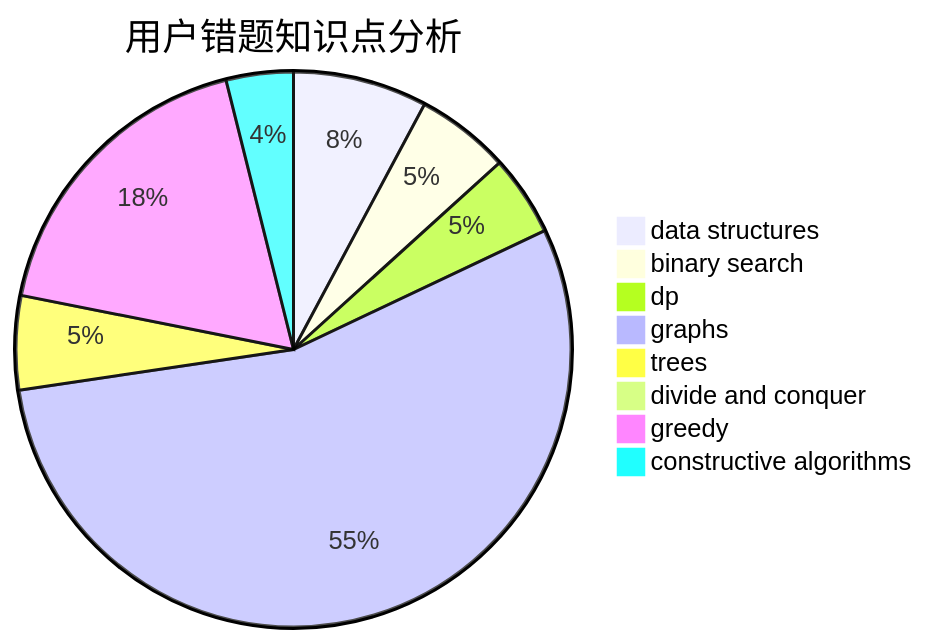
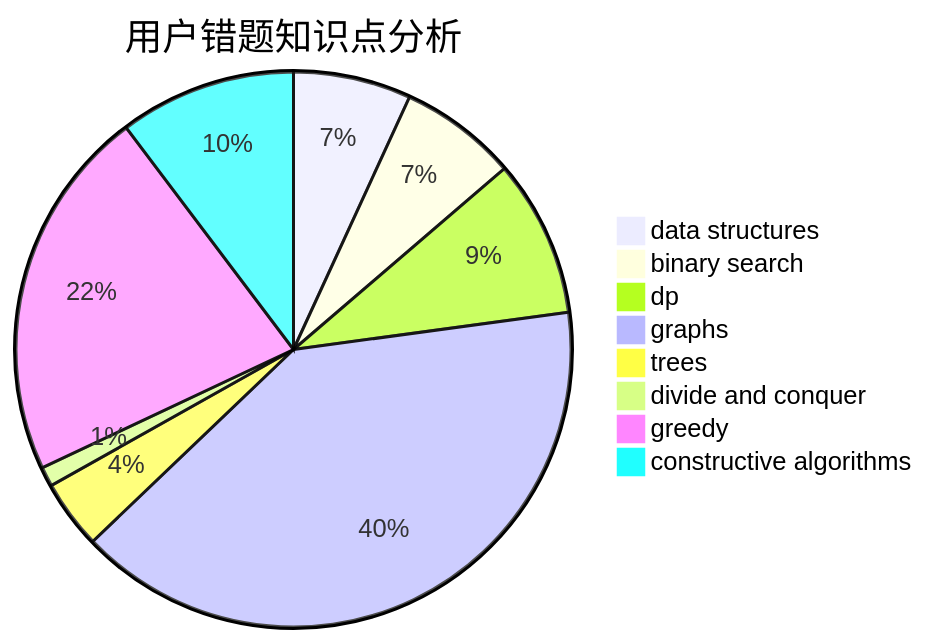
One commit to sherpahu/cfrs.github.io changed the third of 3 diagrams in docs/user/u421.md. Above: the diagram before and after it, drawn with Mermaid. The commit also changed other lines of this file and 2770 other files, not shown here.

````diff
--- a/docs/user/u421.md
+++ b/docs/user/u421.md
@@ -36,11 +36,11 @@
 ```mermaid
 pie title 用户错题知识点分析
-    "data structures" :  10
-    "binary search" :  7
-    "dp" :  6
+    "data structures" :  12
+    "binary search" :  12
+    "dp" :  16
     "graphs" :  70
     "trees" :  7
-    "divide and conquer" :  0
-    "greedy" :  23
-    "constructive algorithms" :  5
+    "divide and conquer" :  2
+    "greedy" :  38
+    "constructive algorithms" :  18
 ```
````
